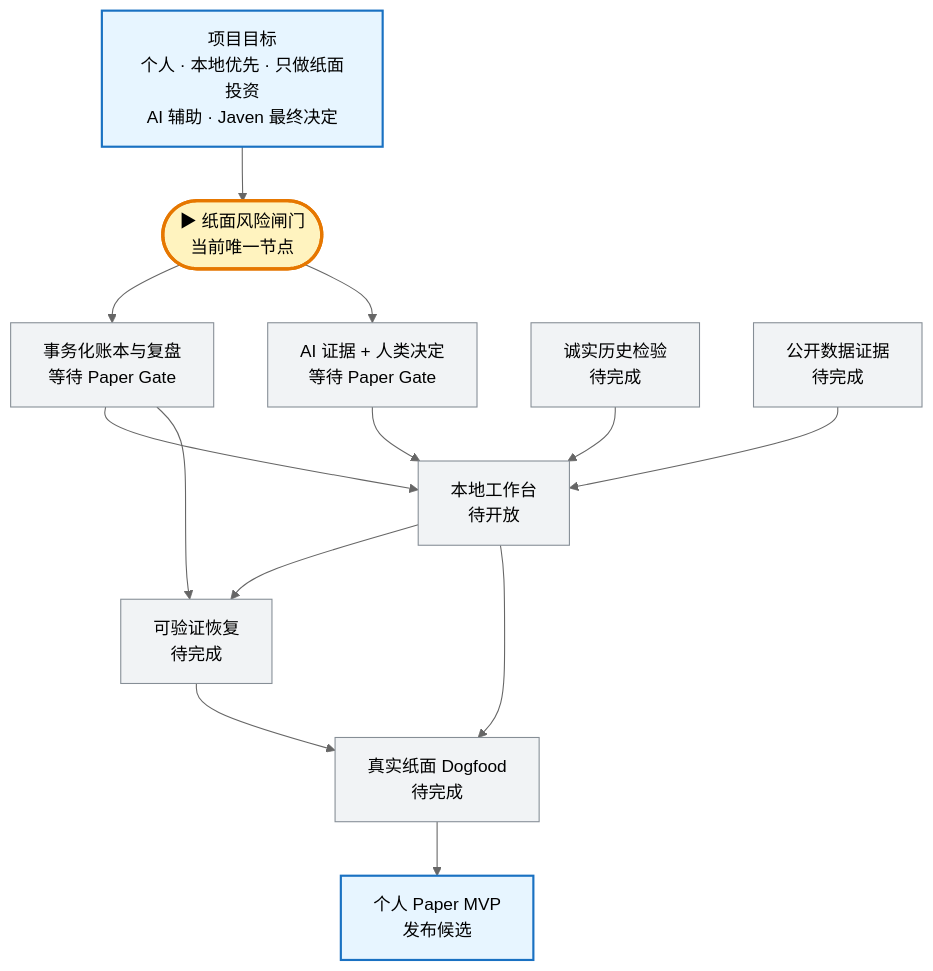
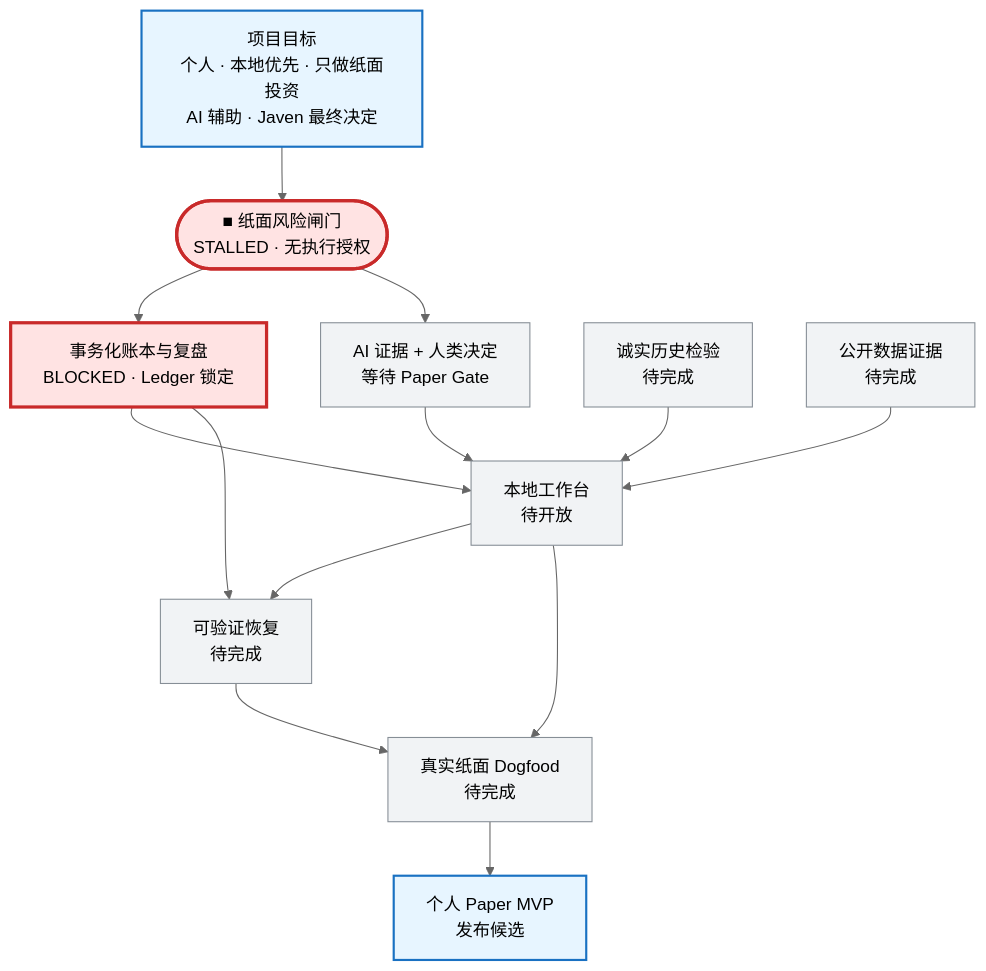
One commit to j-a-v-e-n/knowledge-vault changed the second of 2 diagrams in MyBrain/automation/reports/investment-discipline-system/CURRENT_PROGRESS.md. Above: the diagram before and after it, drawn with Mermaid (neutral theme). The commit also changed other lines of this file, not shown here.

````diff
--- a/MyBrain/automation/reports/investment-discipline-system/CURRENT_PROGRESS.md
+++ b/MyBrain/automation/reports/investment-discipline-system/CURRENT_PROGRESS.md
@@ -35,23 +31,23 @@
 ```mermaid
 flowchart TB
-    M["项目目标<br/>个人 · 本地优先 · 只做纸面投资<br/>AI 辅助 · Javen 最终决定"] --> PG(["▶ 纸面风险闸门<br/>当前唯一节点"])
+    M["项目目标<br/>个人 · 本地优先 · 只做纸面投资<br/>AI 辅助 · Javen 最终决定"] --> PG(["■ 纸面风险闸门<br/>STALLED · 无执行授权"])
 
-    PG --> L["事务化账本与复盘<br/>等待 Paper Gate"]
+    PG --> L["事务化账本与复盘<br/>BLOCKED · Ledger 锁定"]
     PG --> H["AI 证据 + 人类决定<br/>等待 Paper Gate"]
     B["诚实历史检验<br/>待完成"] --> W["本地工作台<br/>待开放"]
     D["公开数据证据<br/>待完成"] --> W
     L --> W
     H --> W
     L --> R["可验证恢复<br/>待完成"]
     W --> R
     W --> G["真实纸面 Dogfood<br/>待完成"]
     R --> G
     G --> X["个人 Paper MVP<br/>发布候选"]
 
-    classDef current fill:#fff3bf,stroke:#e67700,stroke-width:3px;
+    classDef failed fill:#ffe3e3,stroke:#c92a2a,stroke-width:3px;
     classDef boundary fill:#e7f5ff,stroke:#1971c2,stroke-width:2px;
     classDef pending fill:#f1f3f5,stroke:#868e96;
-    class PG current;
+    class PG,L failed;
     class M,X boundary;
-    class L,H,B,D,W,R,G pending;
+    class H,B,D,W,R,G pending;
 ```
````
